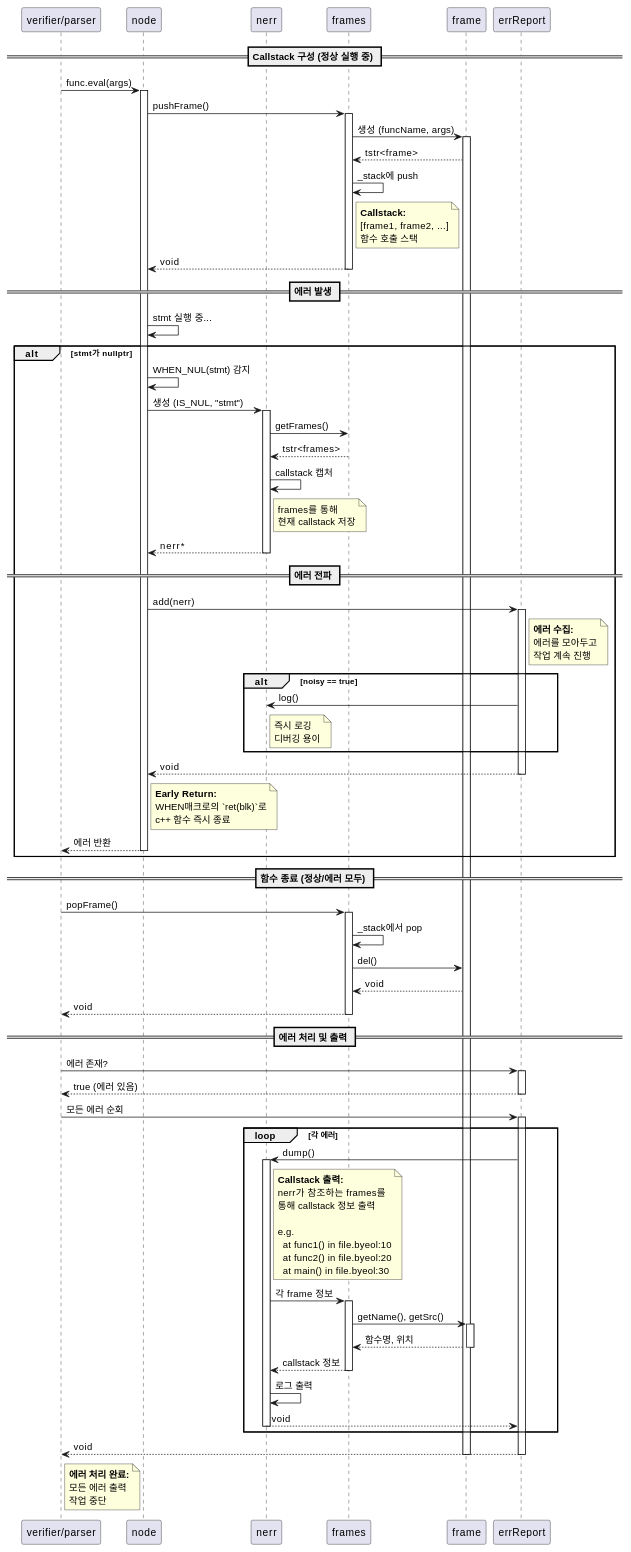
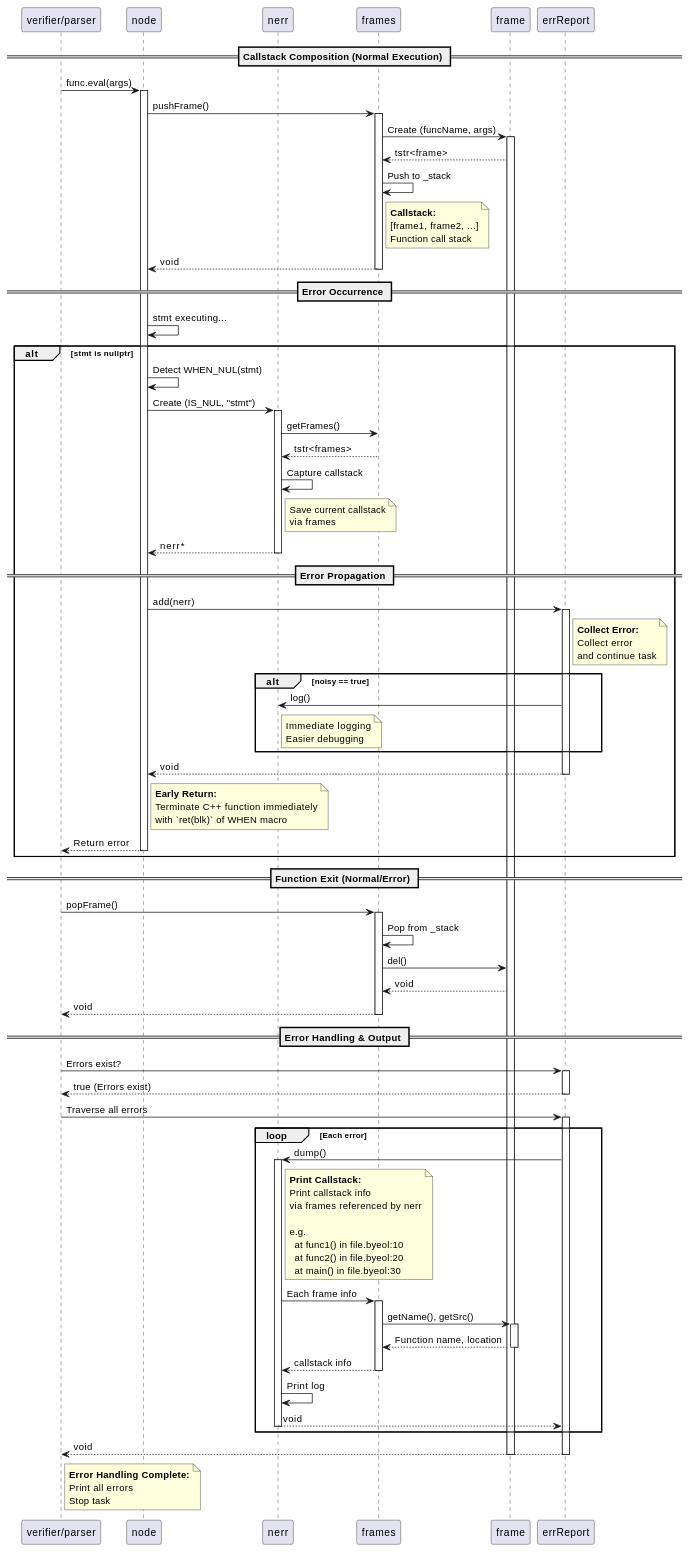
One commit to byeolang/byeol changed diagram 19 of 19 in doc/ref/ko/ai-architecture-core.md. Above: the diagram before and after it, drawn with PlantUML. The commit also changed other lines of this file, not shown here.

Commit message:
doc(core): translate english in plantuml to korean

```diff
--- a/doc/ref/ko/ai-architecture-core.md
+++ b/doc/ref/ko/ai-architecture-core.md
@@ -4159,7 +4159,7 @@
 participant "frame" as frame
 participant "errReport" as errReport
 
-== Callstack 구성 (정상 실행 중) ==
+== Callstack Composition (Normal Execution) ==
 
 worker -> node : func.eval(args)
 activate node
@@ -4167,58 +4167,58 @@
 node -> frames : pushFrame()
 activate frames
 
-frames -> frame : 생성 (funcName, args)
+frames -> frame : Create (funcName, args)
 activate frame
 
 frame --> frames : tstr<frame>
-frames -> frames : _stack에 push
+frames -> frames : Push to _stack
 
 note right of frames
   <b>Callstack:</b>
   [frame1, frame2, ...]
-  함수 호출 스택
+  Function call stack
 end note
 
 frames --> node : void
 deactivate frames
 
-== 에러 발생 ==
+== Error Occurrence ==
 
-node -> node : stmt 실행 중...
+node -> node : stmt executing...
 
-alt stmt가 nullptr
-    node -> node : WHEN_NUL(stmt) 감지
-    node -> nerr : 생성 (IS_NUL, "stmt")
+alt stmt is nullptr
+    node -> node : Detect WHEN_NUL(stmt)
+    node -> nerr : Create (IS_NUL, "stmt")
     activate nerr
 
     nerr -> frames : getFrames()
     frames --> nerr : tstr<frames>
 
-    nerr -> nerr : callstack 캡처
+    nerr -> nerr : Capture callstack
     note right of nerr
-      frames를 통해
-      현재 callstack 저장
+      Save current callstack
+      via frames
     end note
 
     nerr --> node : nerr*
     deactivate nerr
 
-== 에러 전파 ==
+== Error Propagation ==
 
     node -> errReport : add(nerr)
     activate errReport
 
     note right of errReport
-      <b>에러 수집:</b>
-      에러를 모아두고
-      작업 계속 진행
+      <b>Collect Error:</b>
+      Collect error
+      and continue task
     end note
 
     alt noisy == true
         errReport -> nerr : log()
         note right of nerr
-          즉시 로깅
-          디버깅 용이
+          Immediate logging
+          Easier debugging
         end note
     end
 
@@ -4227,46 +4227,46 @@
 
     note right of node
       <b>Early Return:</b>
-      WHEN매크로의 `ret(blk)`로
-      c++ 함수 즉시 종료
+      Terminate C++ function immediately
+      with `ret(blk)` of WHEN macro
     end note
 
-    node --> worker : 에러 반환
+    node --> worker : Return error
     deactivate node
 
 end
 
-== 함수 종료 (정상/에러 모두) ==
+== Function Exit (Normal/Error) ==
 
 worker -> frames : popFrame()
 activate frames
 
-frames -> frames : _stack에서 pop
+frames -> frames : Pop from _stack
 frames -> frame : del()
 frame --> frames : void
 frames --> worker : void
 deactivate frames
 
-== 에러 처리 및 출력 ==
+== Error Handling & Output ==
 
-worker -> errReport : 에러 존재?
+worker -> errReport : Errors exist?
 activate errReport
 
-errReport --> worker : true (에러 있음)
+errReport --> worker : true (Errors exist)
 deactivate errReport
 
-worker -> errReport : 모든 에러 순회
+worker -> errReport : Traverse all errors
 activate errReport
 
-loop 각 에러
+loop Each error
 
     errReport -> nerr : dump()
     activate nerr
 
     note right of nerr
-      <b>Callstack 출력:</b>
-      nerr가 참조하는 frames를
-      통해 callstack 정보 출력
+      <b>Print Callstack:</b>
+      Print callstack info
+      via frames referenced by nerr
 
       e.g.
         at func1() in file.byeol:10
@@ -4274,19 +4274,19 @@
         at main() in file.byeol:30
     end note
 
-    nerr -> frames : 각 frame 정보
+    nerr -> frames : Each frame info
     activate frames
 
     frames -> frame : getName(), getSrc()
     activate frame
 
-    frame --> frames : 함수명, 위치
+    frame --> frames : Function name, location
     deactivate frame
 
-    frames --> nerr : callstack 정보
+    frames --> nerr : callstack info
     deactivate frames
 
-    nerr -> nerr : 로그 출력
+    nerr -> nerr : Print log
 
     nerr --> errReport : void
     deactivate nerr
@@ -4297,9 +4297,9 @@
 deactivate errReport
 
 note right of worker
-  <b>에러 처리 완료:</b>
-  모든 에러 출력
-  작업 중단
+  <b>Error Handling Complete:</b>
+  Print all errors
+  Stop task
 end note
 
 deactivate frame
```
